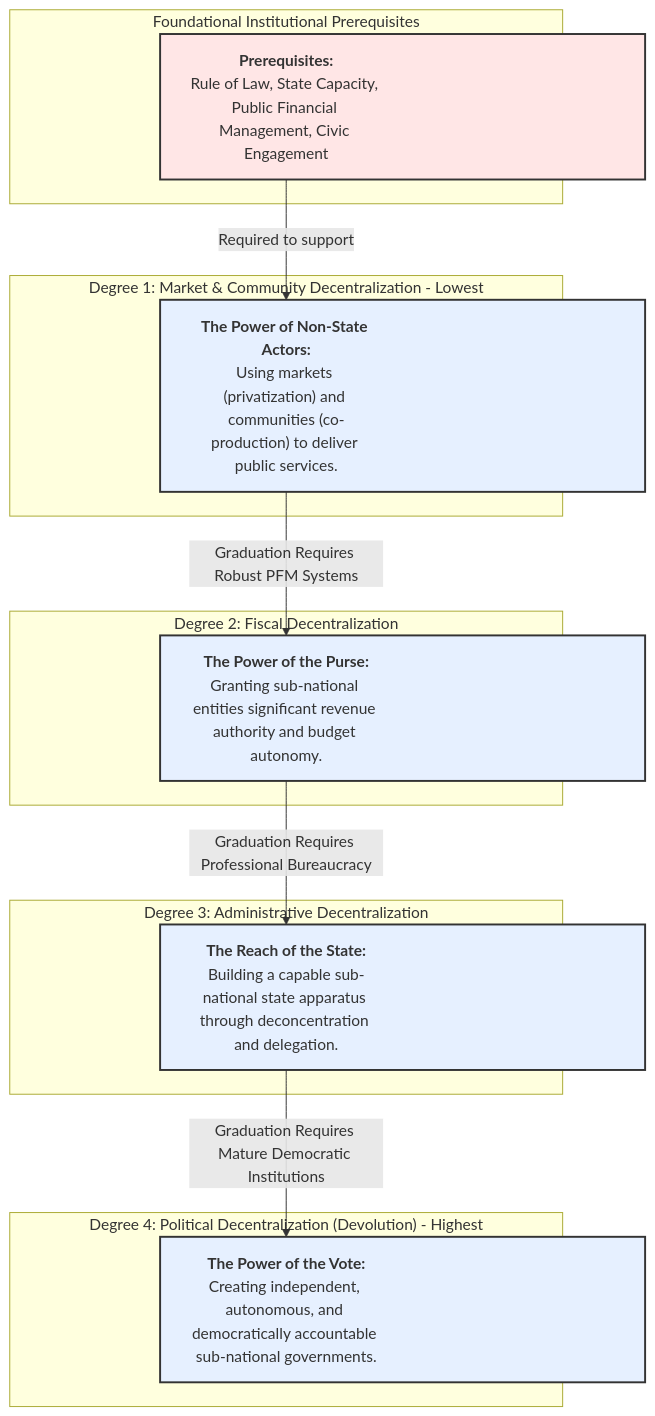
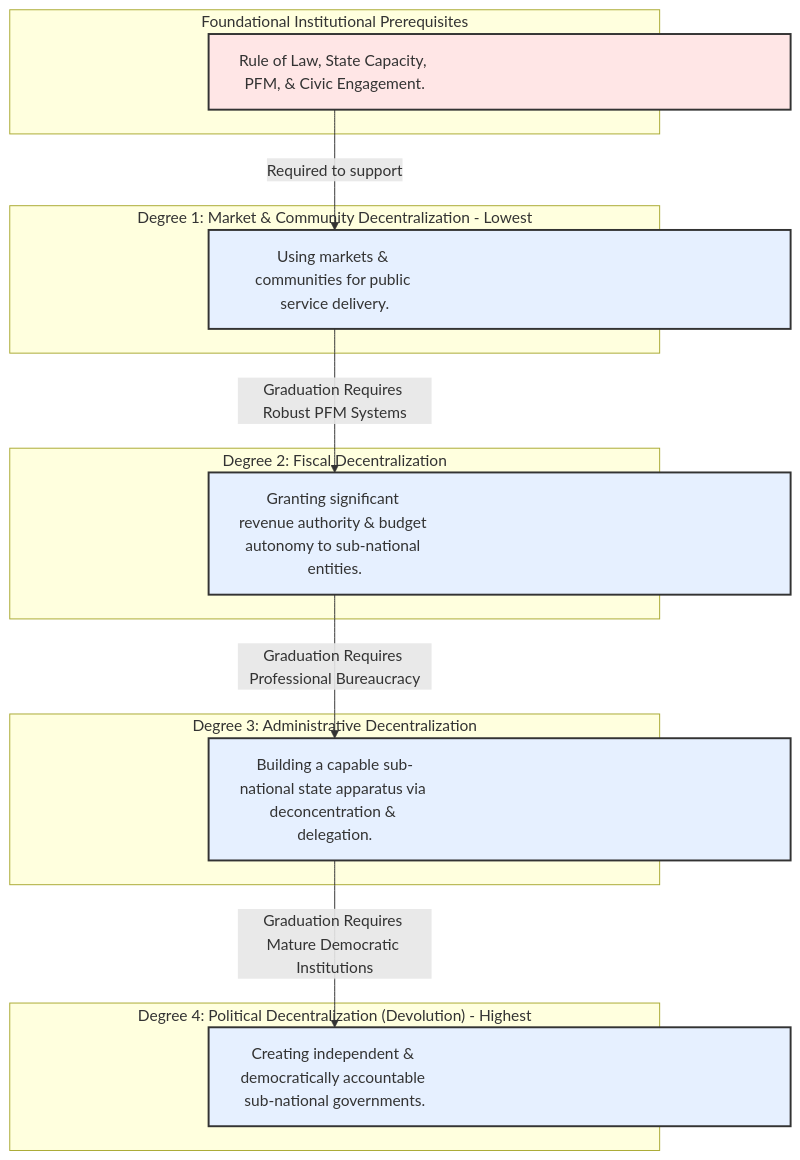
Before and after one commit to Aboutorabi/2.1.md: the diagram in 2.1.md, drawn with Mermaid.

````diff
--- a/2.1.md
+++ b/2.1.md
@@ -1,41 +1,41 @@
 ```mermaid
-%%{init: {'themeCSS': '.label foreignObject span { text-align: center; display: block; }'}}%%
+%%{init: {'themeCSS': '.label foreignObject span { white-space: nowrap; text-align: center; }'}}%%
 graph TD
     %% Degree 4
     subgraph "Degree 4: Political Decentralization (Devolution) - Highest"
-        D4["<b>The Power of the Vote:</b><br/>Creating independent, autonomous, and democratically accountable sub-national governments."]
+        D4["Creating independent & democratically accountable sub-national governments."]
     end
 
     %% Degree 3
     subgraph "Degree 3: Administrative Decentralization"
-        D3["<b>The Reach of the State:</b><br/>Building a capable sub-national state apparatus through deconcentration and delegation."]
+        D3["Building a capable sub-national state apparatus via deconcentration & delegation."]
     end
 
     %% Degree 2
     subgraph "Degree 2: Fiscal Decentralization"
-        D2["<b>The Power of the Purse:</b><br/>Granting sub-national entities significant revenue authority and budget autonomy."]
+        D2["Granting significant revenue authority & budget autonomy to sub-national entities."]
     end
 
     %% Degree 1
     subgraph "Degree 1: Market & Community Decentralization - Lowest"
-        D1["<b>The Power of Non-State Actors:</b><br/>Using markets (privatization) and communities (co-production) to deliver public services."]
+        D1["Using markets & communities for public service delivery."]
     end
     
     %% Prerequisites
     subgraph "Foundational Institutional Prerequisites"
-        F["<b>Prerequisites:</b><br/>Rule of Law, State Capacity, Public Financial Management, Civic Engagement"]
+        F["Rule of Law, State Capacity, PFM, & Civic Engagement."]
     end
 
     %% Arrows
     F -->|Required to support| D1
     D1 -->|Graduation Requires Robust PFM Systems| D2
     D2 -->|Graduation Requires Professional Bureaucracy| D3
     D3 -->|Graduation Requires Mature Democratic Institutions| D4
 
-    %% Styling
-    style F  fill:#ffe6e6,stroke:#333,stroke-width:2px,width:500px
-    style D1 fill:#e6f0ff,stroke:#333,stroke-width:2px,width:500px
-    style D2 fill:#e6f0ff,stroke:#333,stroke-width:2px,width:500px
-    style D3 fill:#e6f0ff,stroke:#333,stroke-width:2px,width:500px
-    style D4 fill:#e6f0ff,stroke:#333,stroke-width:2px,width:500px
+    %% Styling (uniform widths, centered)
+    style F  fill:#ffe6e6,stroke:#333,stroke-width:2px,width:600px
+    style D1 fill:#e6f0ff,stroke:#333,stroke-width:2px,width:600px
+    style D2 fill:#e6f0ff,stroke:#333,stroke-width:2px,width:600px
+    style D3 fill:#e6f0ff,stroke:#333,stroke-width:2px,width:600px
+    style D4 fill:#e6f0ff,stroke:#333,stroke-width:2px,width:600px
 ```
````
